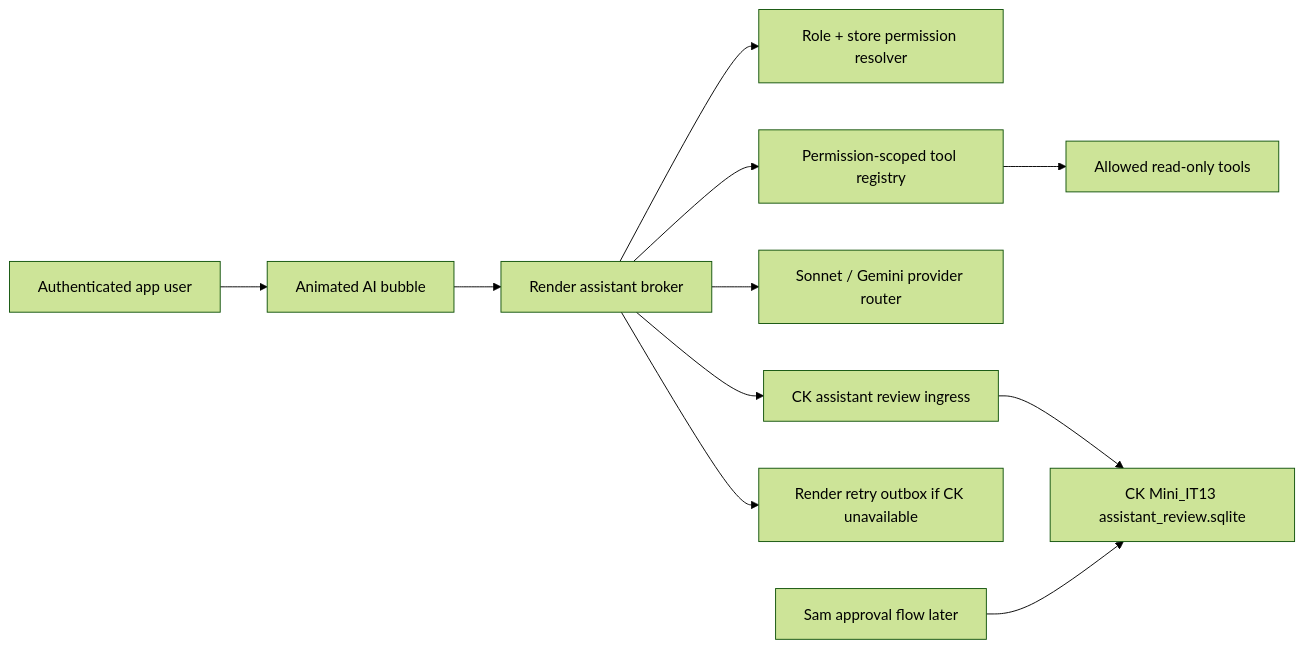
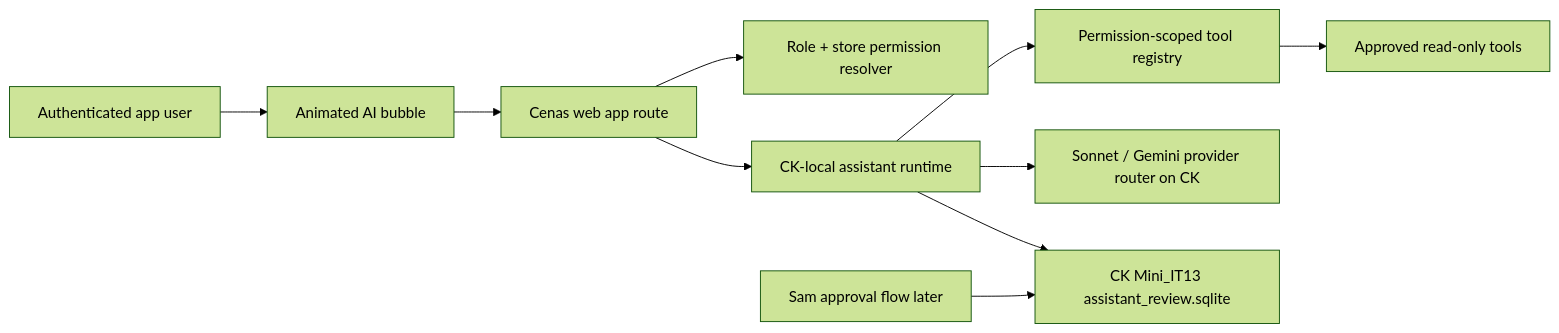
The diagram in docs/personalized_ai_assistant_plan.md (samsahragard/cenas-ezlive), drawn with Mermaid (forest theme) before and after one commit. The commit also changed other lines of this file and 7 other files, not shown here.

Commit message:
Add CK-local assistant runtime

````diff
--- a/docs/personalized_ai_assistant_plan.md
+++ b/docs/personalized_ai_assistant_plan.md
@@ -46,13 +47,12 @@
 ```mermaid
 flowchart LR
   User["Authenticated app user"] --> Bubble["Animated AI bubble"]
-  Bubble --> RenderAI["Render assistant broker"]
-  RenderAI --> Perms["Role + store permission resolver"]
-  RenderAI --> Registry["Permission-scoped tool registry"]
-  Registry --> Tools["Allowed read-only tools"]
-  RenderAI --> Model["Sonnet / Gemini provider router"]
-  RenderAI --> CKIngress["CK assistant review ingress"]
-  RenderAI --> Outbox["Render retry outbox if CK unavailable"]
-  CKIngress --> CKDB["CK Mini_IT13 assistant_review.sqlite"]
+  Bubble --> WebApp["Cenas web app route"]
+  WebApp --> Perms["Role + store permission resolver"]
+  WebApp --> CKRuntime["CK-local assistant runtime"]
+  CKRuntime --> Registry["Permission-scoped tool registry"]
+  Registry --> Tools["Approved read-only tools"]
+  CKRuntime --> Model["Sonnet / Gemini provider router on CK"]
+  CKRuntime --> CKDB["CK Mini_IT13 assistant_review.sqlite"]
   Sam["Sam approval flow later"] --> CKDB
 ```
````
